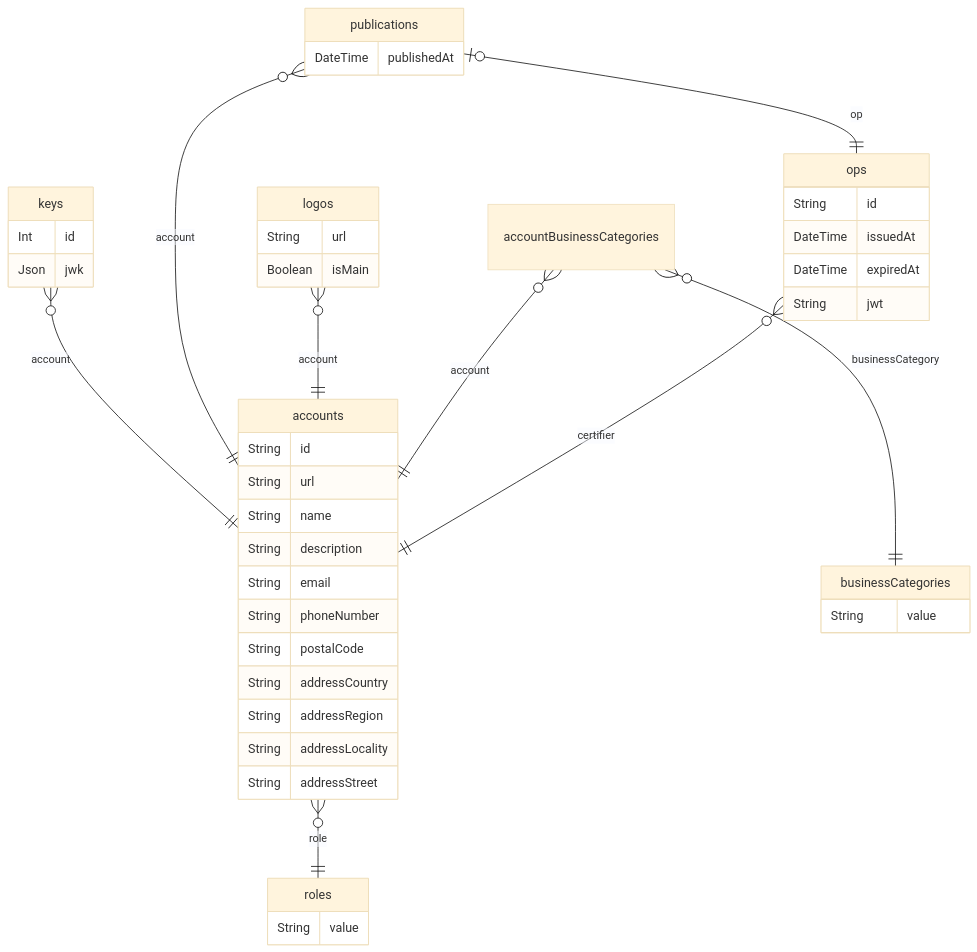
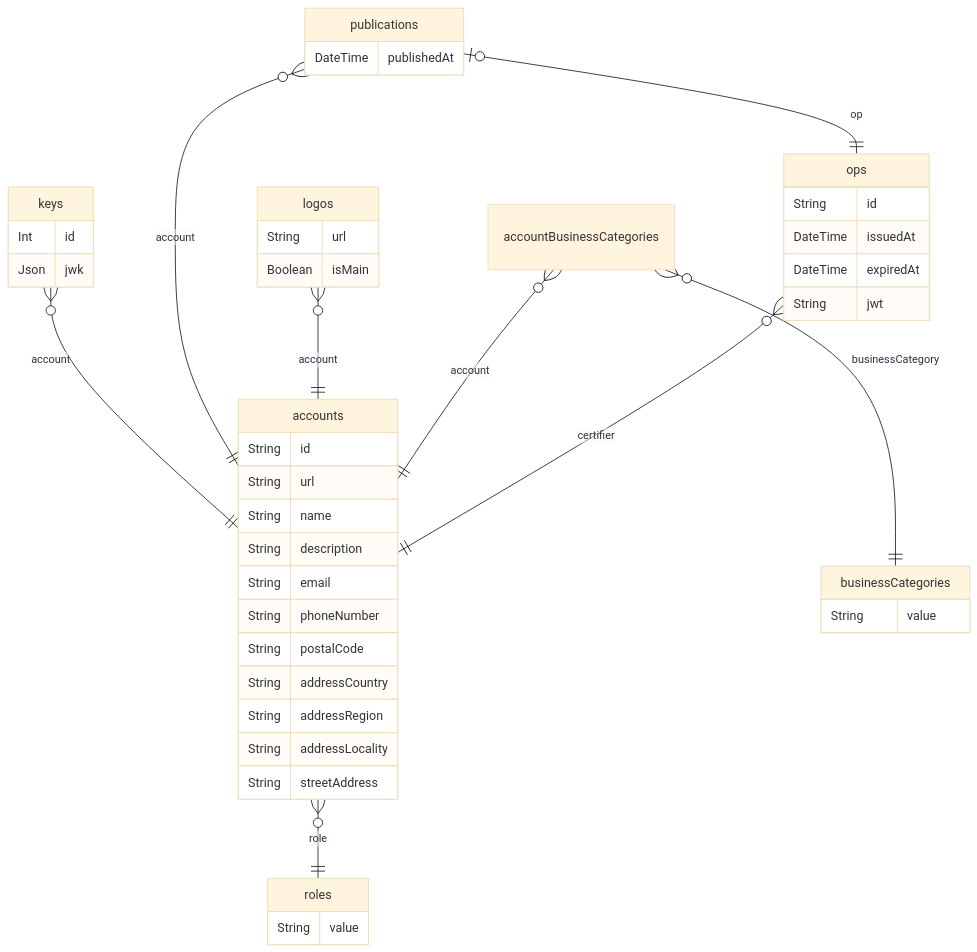
Before and after one commit to originator-profile/profile-share: the diagram in docs/registry/assets/erd.md, drawn with Mermaid (base theme). The commit also changed 12 other files, not shown here.

Commit message:
addressStreet → streetAddress see also https://schema.org/streetAddress

````diff
--- a/docs/registry/assets/erd.md
+++ b/docs/registry/assets/erd.md
@@ -1,66 +1,66 @@
 ```mermaid
 erDiagram
 
   ops {
       String id
     DateTime issuedAt
     DateTime expiredAt
     String jwt
     }
   
 
   accounts {
       String id
     String url
     String name
     String description
     String email
     String phoneNumber
     String postalCode
     String addressCountry
     String addressRegion
     String addressLocality
-    String addressStreet
+    String streetAddress
     }
   
 
   roles {
       String value
     }
   
 
   businessCategories {
       String value
     }
   
 
   accountBusinessCategories {
   
     }
   
 
   logos {
       String url
     Boolean isMain
     }
   
 
   publications {
       DateTime publishedAt
     }
   
 
   keys {
       Int id
     Json jwk
     }
   
     ops o{--|| accounts : "certifier"
     accounts o{--|| roles : "role"
     accountBusinessCategories o{--|| accounts : "account"
     accountBusinessCategories o{--|| businessCategories : "businessCategory"
     logos o{--|| accounts : "account"
     publications o|--|| ops : "op"
     publications o{--|| accounts : "account"
     keys o{--|| accounts : "account"
 ```
````
